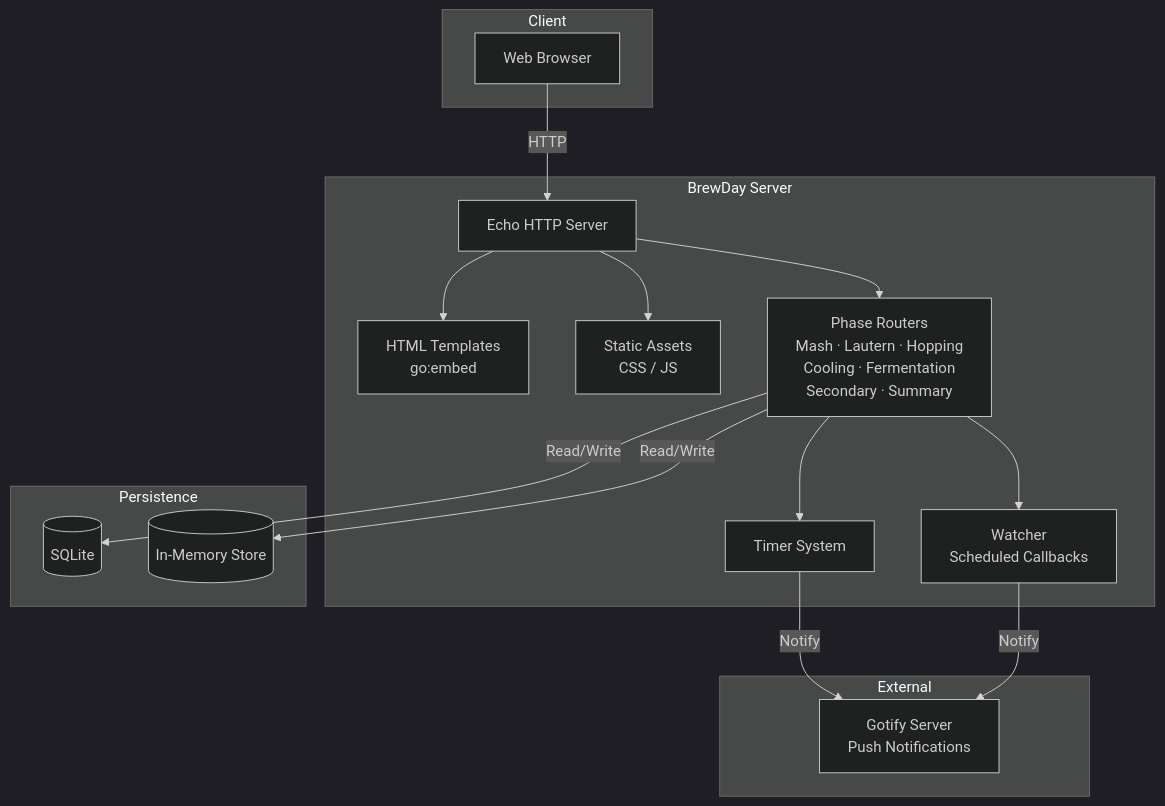
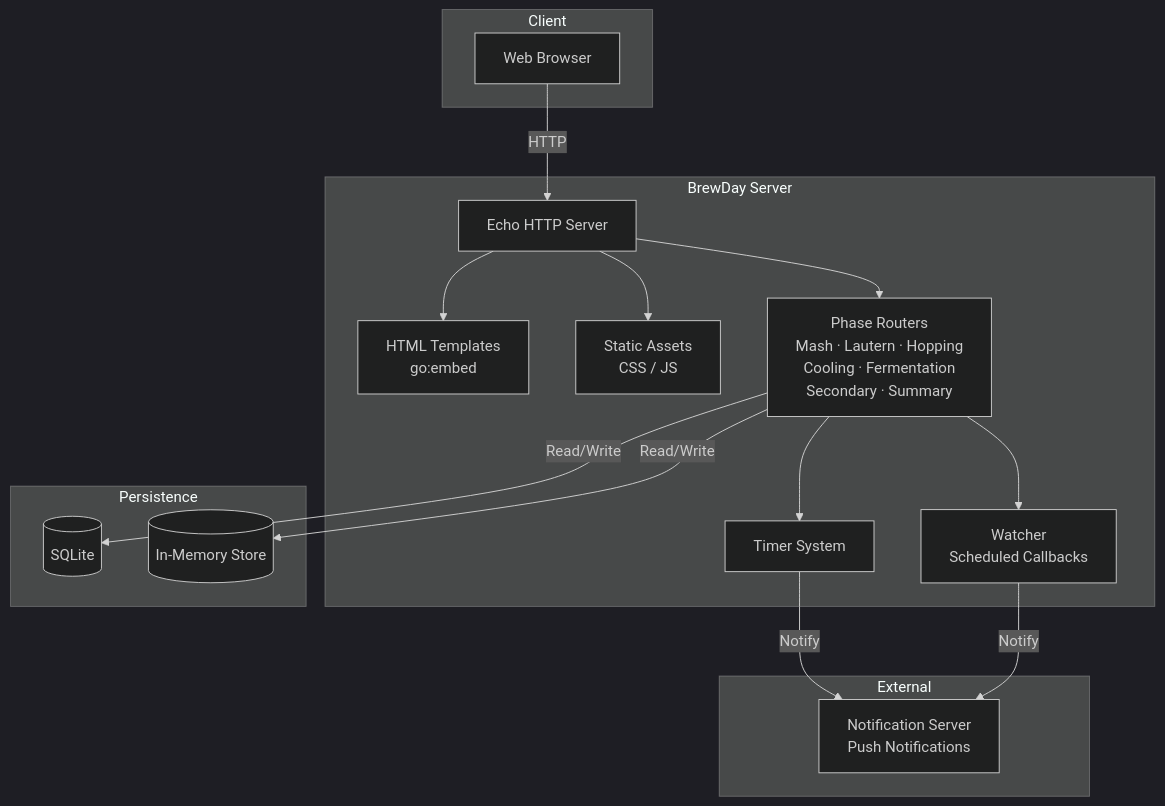
Before and after one commit to juan-castrillon/brewday: the first of 8 diagrams in TECHNICAL_OVERVIEW.md, drawn with Mermaid (dark theme). The commit also changed other lines of this file and 33 other files, not shown here.

````diff
--- a/TECHNICAL_OVERVIEW.md
+++ b/TECHNICAL_OVERVIEW.md
@@ -41,35 +41,35 @@
 ```mermaid
 graph TB
     subgraph Client
         Browser[Web Browser]
     end
 
     subgraph BrewDay Server
         Echo[Echo HTTP Server]
         Templates[HTML Templates<br/>go:embed]
         StaticFS[Static Assets<br/>CSS / JS]
         Routers[Phase Routers<br/>Mash · Lautern · Hopping<br/>Cooling · Fermentation<br/>Secondary · Summary]
         Timer[Timer System]
         Watcher[Watcher<br/>Scheduled Callbacks]
     end
 
     subgraph Persistence
         SQLite[(SQLite)]
         Memory[(In-Memory Store)]
     end
 
     subgraph External
-        Gotify[Gotify Server<br/>Push Notifications]
+        Notifications[Notification Server<br/>Push Notifications]
     end
 
     Browser -->|HTTP| Echo
     Echo --> Templates
     Echo --> StaticFS
     Echo --> Routers
     Routers --> Timer
     Routers --> Watcher
     Routers -->|Read/Write| SQLite
     Routers -->|Read/Write| Memory
-    Timer -->|Notify| Gotify
-    Watcher -->|Notify| Gotify
+    Timer -->|Notify| Notifications
+    Watcher -->|Notify| Notifications
 ```
````
